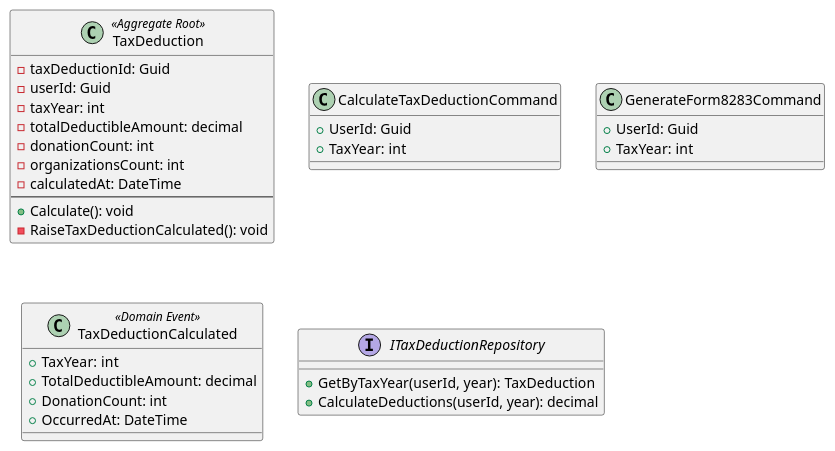
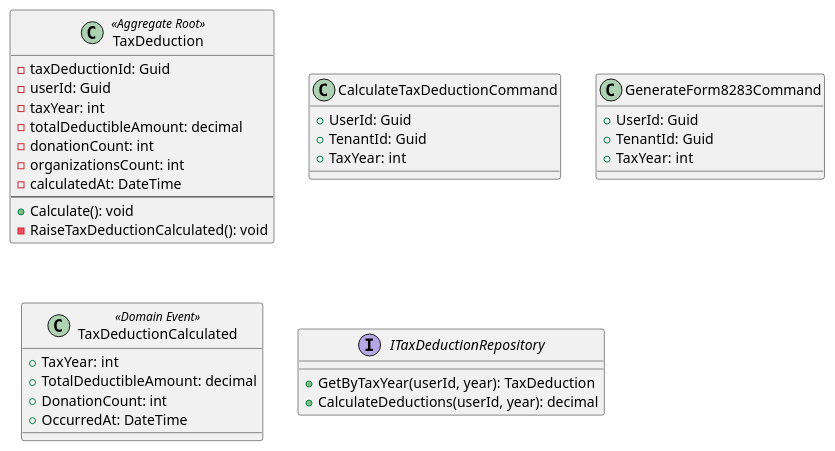
One commit to QuinntyneBrown/Apps changed the diagram in CharitableGivingTracker/docs/specs/diagrams/tax-compliance-class-diagram.puml. Above: the diagram before and after it, drawn with PlantUML. The commit also changed 474 other files, not shown here.

```diff
--- a/CharitableGivingTracker/docs/specs/diagrams/tax-compliance-class-diagram.puml
+++ b/CharitableGivingTracker/docs/specs/diagrams/tax-compliance-class-diagram.puml
@@ -1,38 +1,40 @@
 @startuml Tax Compliance Class Diagram
 
 class TaxDeduction <<Aggregate Root>> {
   - taxDeductionId: Guid
   - userId: Guid
   - taxYear: int
   - totalDeductibleAmount: decimal
   - donationCount: int
   - organizationsCount: int
   - calculatedAt: DateTime
   --
   + Calculate(): void
   - RaiseTaxDeductionCalculated(): void
 }
 
 class CalculateTaxDeductionCommand {
   + UserId: Guid
+  + TenantId: Guid
   + TaxYear: int
 }
 
 class GenerateForm8283Command {
   + UserId: Guid
+  + TenantId: Guid
   + TaxYear: int
 }
 
 class TaxDeductionCalculated <<Domain Event>> {
   + TaxYear: int
   + TotalDeductibleAmount: decimal
   + DonationCount: int
   + OccurredAt: DateTime
 }
 
 interface ITaxDeductionRepository {
   + GetByTaxYear(userId, year): TaxDeduction
   + CalculateDeductions(userId, year): decimal
 }
 
 @enduml
```
